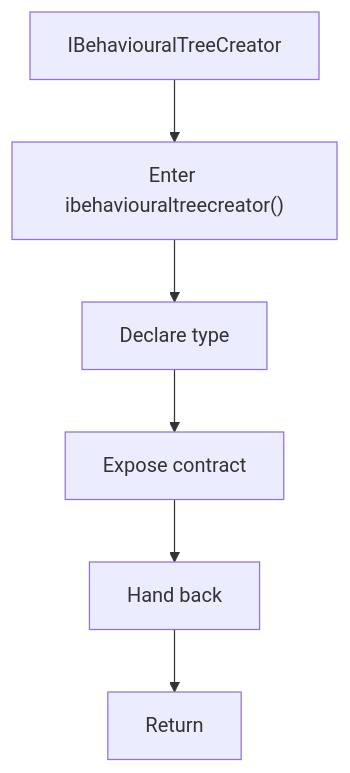
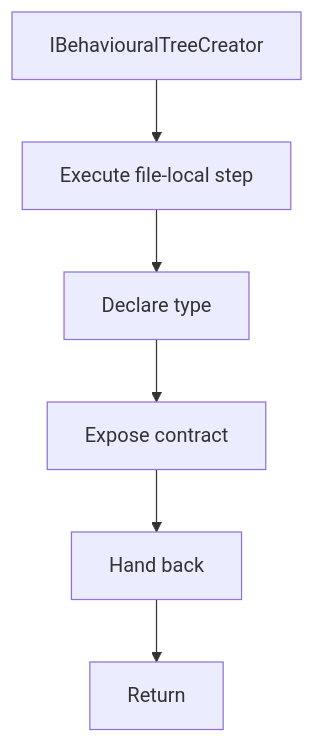
The fourth of 6 diagrams in docs/Codebase/Microservice/Modules/Header/SyntacticBrokenAST/Trees/Broken/Behavioural/tree.hpp.md (JohnAndrewBalbarosa/NeoTerritory), drawn with Mermaid before and after one commit. The commit also changed other lines of this file and 925 other files, not shown here.

````diff
--- a/docs/Codebase/Microservice/Modules/Header/SyntacticBrokenAST/Trees/Broken/Behavioural/tree.hpp.md
+++ b/docs/Codebase/Microservice/Modules/Header/SyntacticBrokenAST/Trees/Broken/Behavioural/tree.hpp.md
@@ -132,14 +131,14 @@
 ```mermaid
 flowchart TD
     Start["IBehaviouralTreeCreator"]
-    N0["Enter ibehaviouraltreecreator()"]
+    N0["Execute file-local step"]
     N1["Declare type"]
     N2["Expose contract"]
     N3["Hand back"]
     End["Return"]
     Start --> N0
     N0 --> N1
     N1 --> N2
     N2 --> N3
     N3 --> End
 ```
````
